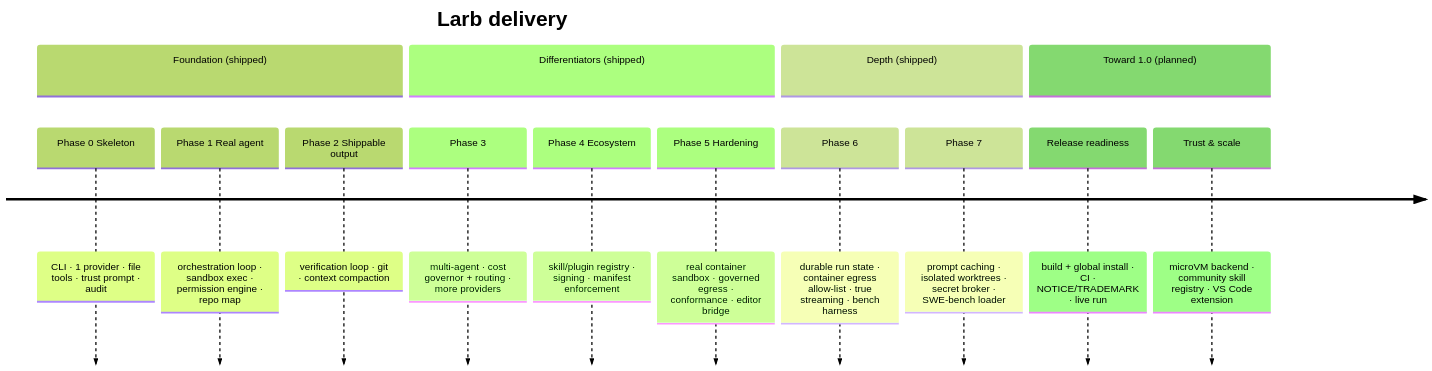
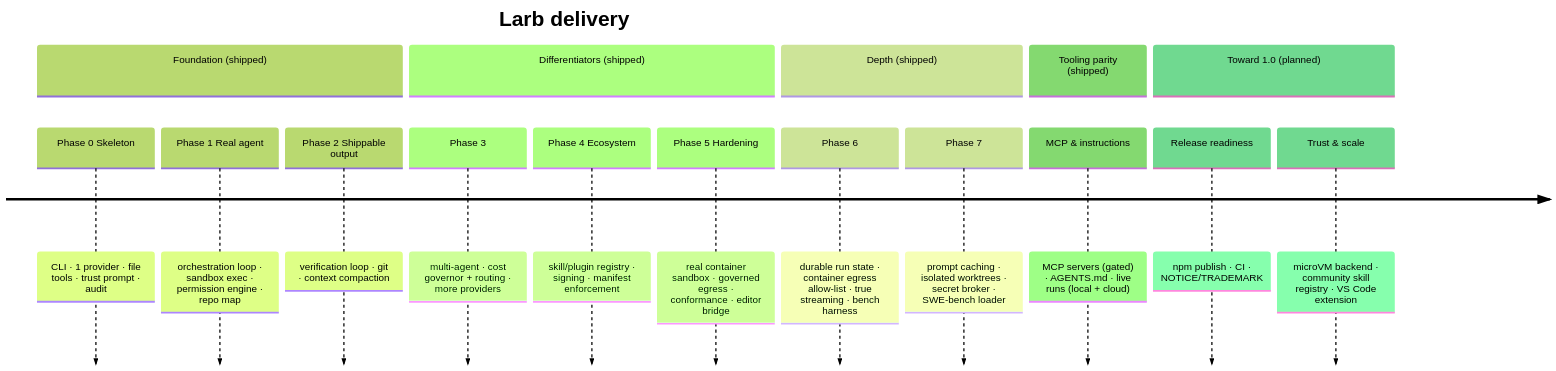
Before and after one commit to riz007/larb: the diagram in website/roadmap.md, drawn with Mermaid (forest theme). The commit also changed other lines of this file and 2 other files, not shown here.

````diff
--- a/website/roadmap.md
+++ b/website/roadmap.md
@@ -11,18 +11,20 @@
 ```mermaid
 timeline
     title Larb delivery
     section Foundation (shipped)
       Phase 0 Skeleton : CLI · 1 provider · file tools · trust prompt · audit
       Phase 1 Real agent : orchestration loop · sandbox exec · permission engine · repo map
       Phase 2 Shippable output : verification loop · git · context compaction
     section Differentiators (shipped)
       Phase 3 : multi-agent · cost governor + routing · more providers
       Phase 4 Ecosystem : skill/plugin registry · signing · manifest enforcement
       Phase 5 Hardening : real container sandbox · governed egress · conformance · editor bridge
     section Depth (shipped)
       Phase 6 : durable run state · container egress allow-list · true streaming · bench harness
       Phase 7 : prompt caching · isolated worktrees · secret broker · SWE-bench loader
+    section Tooling parity (shipped)
+      MCP & instructions : MCP servers (gated) · AGENTS.md · live runs (local + cloud)
     section Toward 1.0 (planned)
-      Release readiness : build + global install · CI · NOTICE/TRADEMARK · live run
+      Release readiness : npm publish · CI · NOTICE/TRADEMARK
       Trust & scale : microVM backend · community skill registry · VS Code extension
 ```
````
